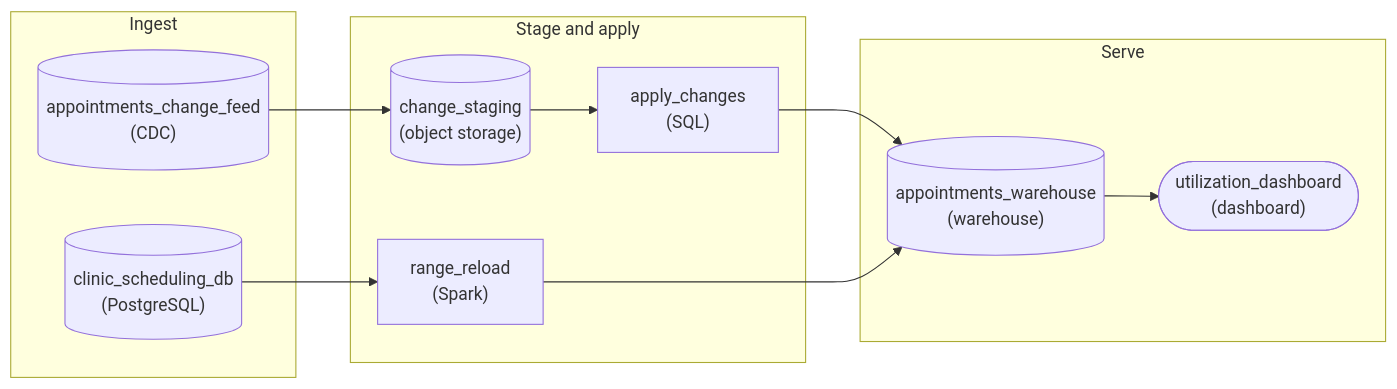
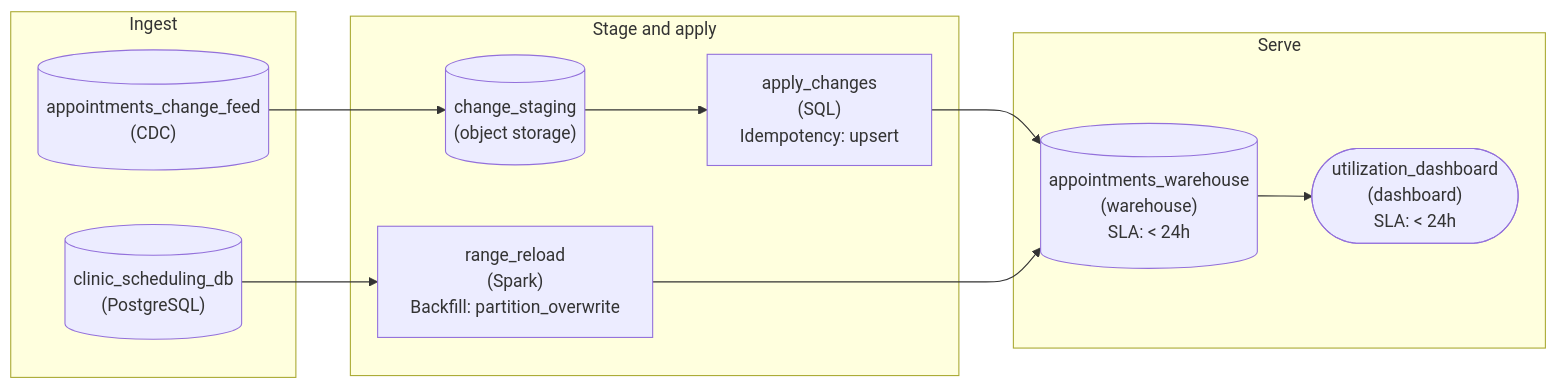
One commit to Dulain-Willis/study-helper changed the first of 2 diagrams in lesson_preview/interview/architecture/pa_pattern_incremental_loading_intermediate.md. Above: the diagram before and after it, drawn with Mermaid. The commit also changed other lines of this file and 26 other files, not shown here.

First line of the commit message:
Mermaid diagrams: show tags and extra values inside each node (#43)

````diff
--- a/lesson_preview/interview/architecture/pa_pattern_incremental_loading_intermediate.md
+++ b/lesson_preview/interview/architecture/pa_pattern_incremental_loading_intermediate.md
@@ -597,22 +597,22 @@
 ```mermaid
 flowchart LR
     subgraph L0["Ingest"]
         n0[("appointments_change_feed<br/>(CDC)")]
         n5[("clinic_scheduling_db<br/>(PostgreSQL)")]
     end
     subgraph L1["Stage and apply"]
         n1[("change_staging<br/>(object storage)")]
-        n2["apply_changes<br/>(SQL)"]
-        n6["range_reload<br/>(Spark)"]
+        n2["apply_changes<br/>(SQL)<br/>Idempotency: upsert"]
+        n6["range_reload<br/>(Spark)<br/>Backfill: partition_overwrite"]
     end
     subgraph L2["Serve"]
-        n3[("appointments_warehouse<br/>(warehouse)")]
-        n4(["utilization_dashboard<br/>(dashboard)"])
+        n3[("appointments_warehouse<br/>(warehouse)<br/>SLA: #60; 24h")]
+        n4(["utilization_dashboard<br/>(dashboard)<br/>SLA: #60; 24h"])
     end
     n0 --> n1
     n1 --> n2
     n2 --> n3
     n3 --> n4
     n5 --> n6
     n6 --> n3
 ```
````
